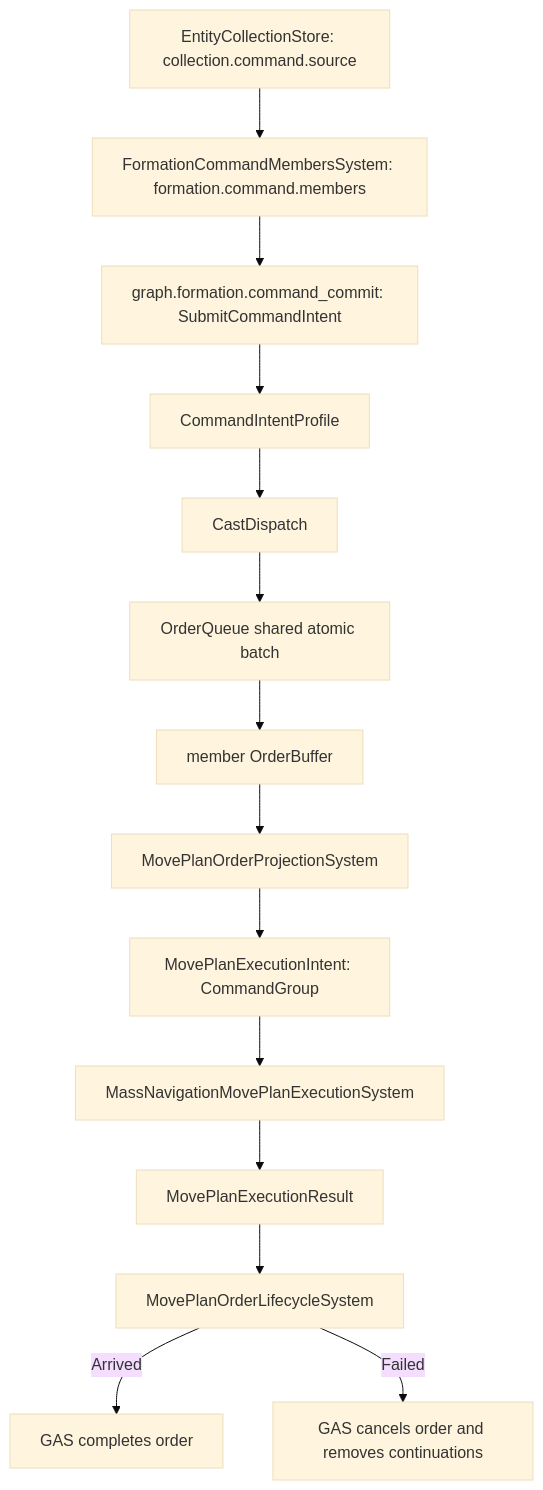
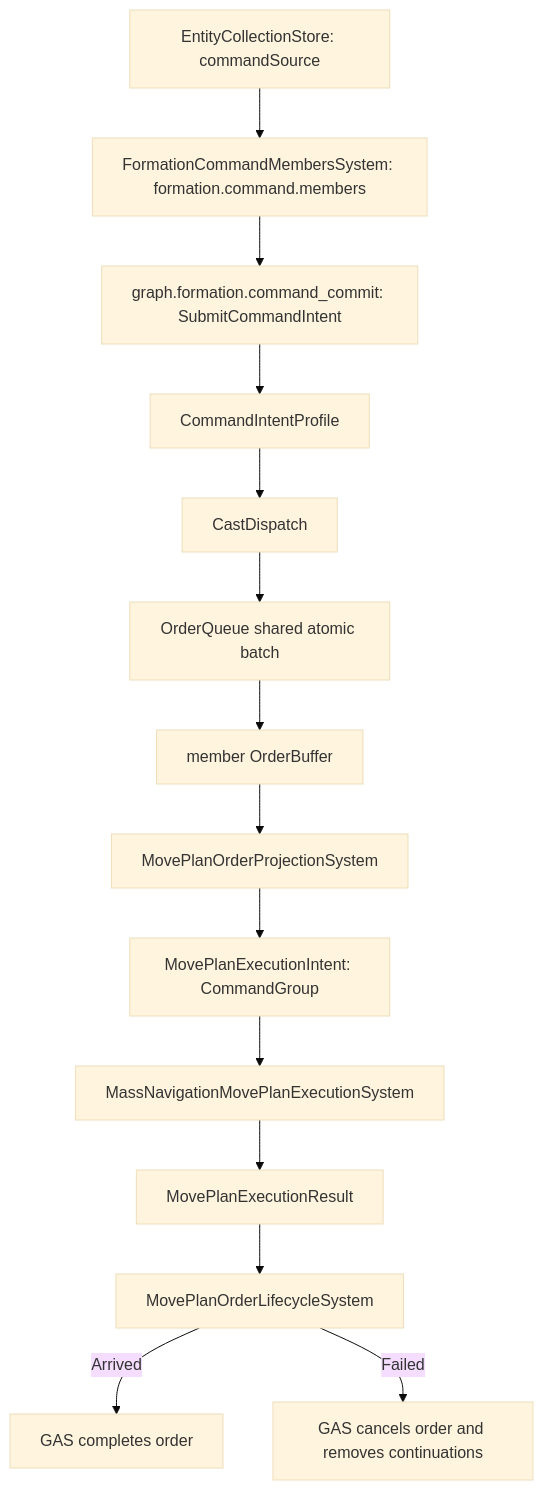
The diagram in gitbook/reference/mass-navigation-formal-chain.md (MightyBubble/Ludots), drawn with Mermaid (base theme) before and after one commit. The commit also changed other lines of this file and 10 other files, not shown here.

Commit message:
docs(aim): 状态页记下 commandSource 角色，引用改到各 mod 的集合

````diff
--- a/gitbook/reference/mass-navigation-formal-chain.md
+++ b/gitbook/reference/mass-navigation-formal-chain.md
@@ -25,20 +25,20 @@
 ```mermaid
 flowchart TD
-    Source["EntityCollectionStore: collection.command.source"]
+    Source["EntityCollectionStore: commandSource"]
     Expand["FormationCommandMembersSystem: formation.command.members"]
     Graph["graph.formation.command_commit: SubmitCommandIntent"]
     Intent["CommandIntentProfile"]
     Dispatch["CastDispatch"]
     Queue["OrderQueue shared atomic batch"]
     Buffer["member OrderBuffer"]
     Projection["MovePlanOrderProjectionSystem"]
     TypedIntent["MovePlanExecutionIntent: CommandGroup"]
     Mass["MassNavigationMovePlanExecutionSystem"]
     Result["MovePlanExecutionResult"]
     Lifecycle["MovePlanOrderLifecycleSystem"]
 
     Source --> Expand --> Graph --> Intent --> Dispatch --> Queue --> Buffer --> Projection
     Projection --> TypedIntent --> Mass --> Result --> Lifecycle
     Lifecycle -->|Arrived| Complete["GAS completes order"]
     Lifecycle -->|Failed| Cancel["GAS cancels order and removes continuations"]
 ```
````
